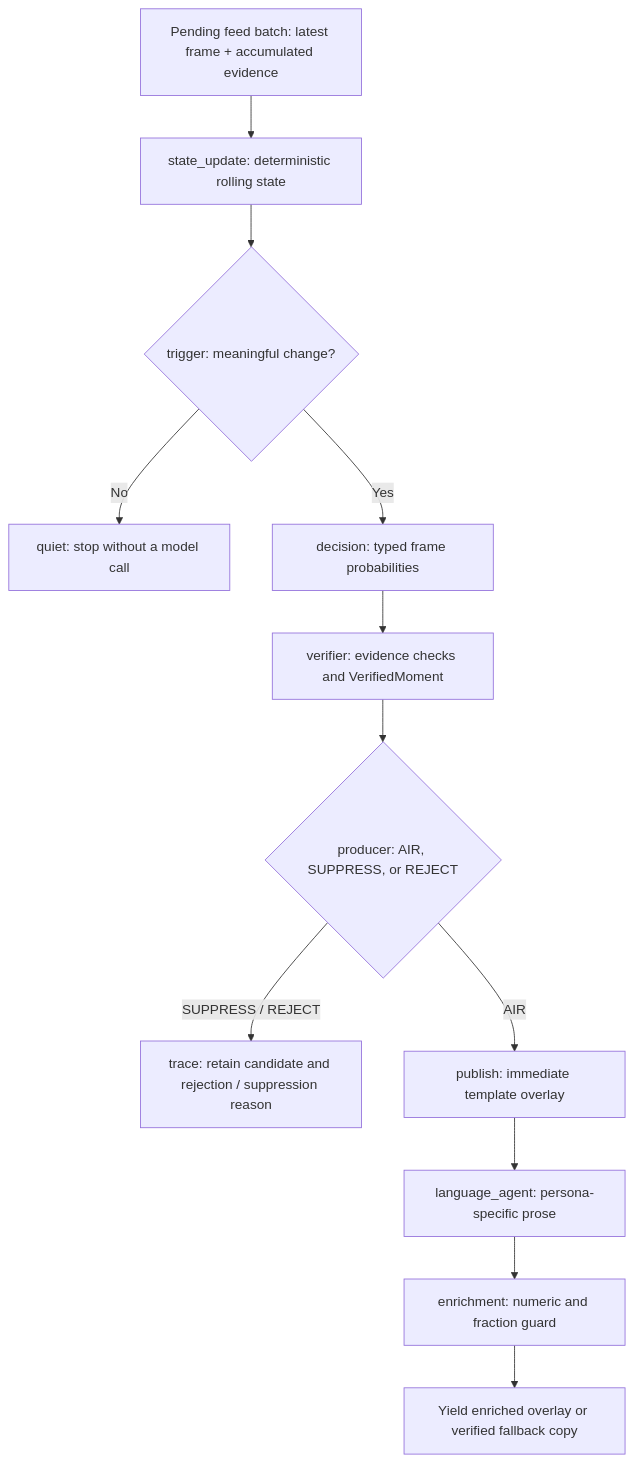
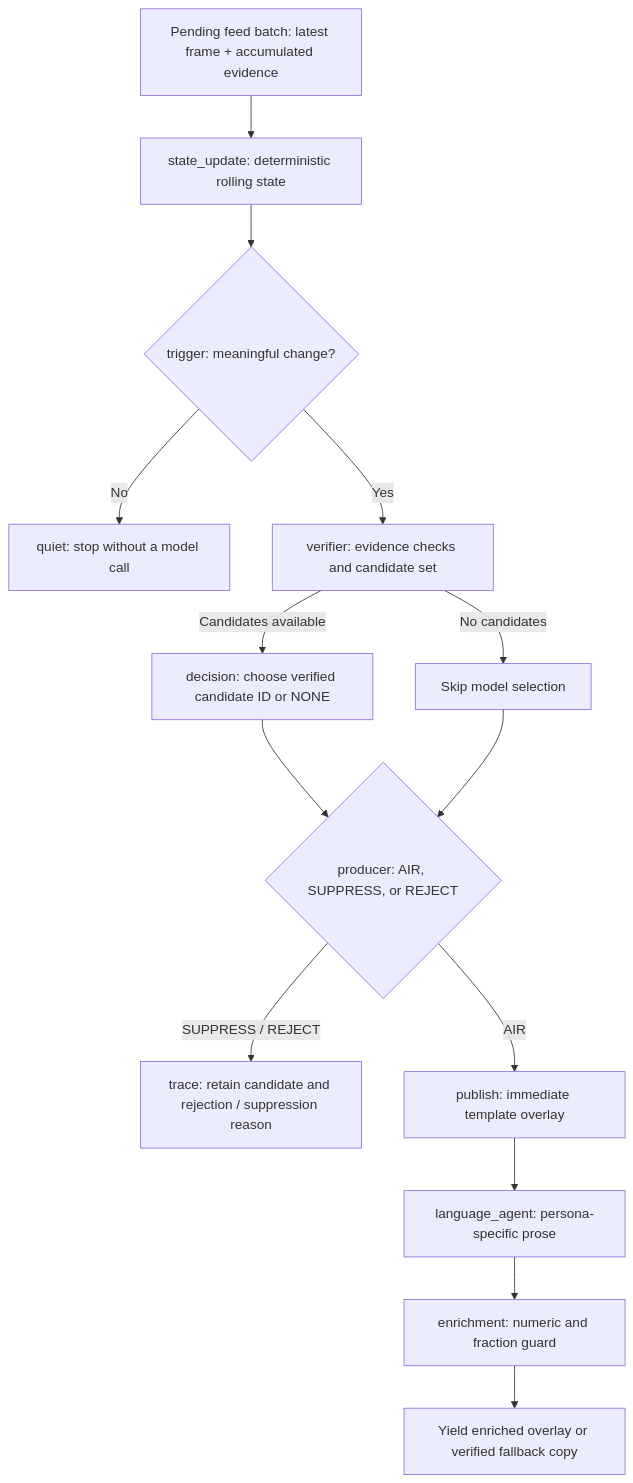
Before and after one commit to shantanu1singh/matchos: the second of 4 diagrams in ARCHITECTURE.md, drawn with Mermaid. The commit also changed other lines of this file and 9 other files, not shown here.

````diff
--- a/ARCHITECTURE.md
+++ b/ARCHITECTURE.md
@@ -68,21 +68,23 @@
 ```mermaid
 flowchart TD
     Tick["Pending feed batch: latest frame + accumulated evidence"]
     State["state_update: deterministic rolling state"]
     Trigger{"trigger: meaningful change?"}
     Quiet["quiet: stop without a model call"]
-    Decision["decision: typed frame probabilities"]
-    Verify["verifier: evidence checks and VerifiedMoment"]
+    Decision["decision: choose verified candidate ID or NONE"]
+    Verify["verifier: evidence checks and candidate set"]
     Produce{"producer: AIR, SUPPRESS, or REJECT"}
     Trace["trace: retain candidate and rejection / suppression reason"]
     Publish["publish: immediate template overlay"]
     Agent["language_agent: persona-specific prose"]
     Guard["enrichment: numeric and fraction guard"]
     Enriched["Yield enriched overlay or verified fallback copy"]
 
     Tick --> State --> Trigger
     Trigger -->|"No"| Quiet
-    Trigger -->|"Yes"| Decision --> Verify --> Produce
+    Trigger -->|"Yes"| Verify
+    Verify -->|"Candidates available"| Decision --> Produce
+    Verify -->|"No candidates"| Skip["Skip model selection"] --> Produce
     Produce -->|"SUPPRESS / REJECT"| Trace
     Produce -->|"AIR"| Publish --> Agent --> Guard --> Enriched
 ```
````
